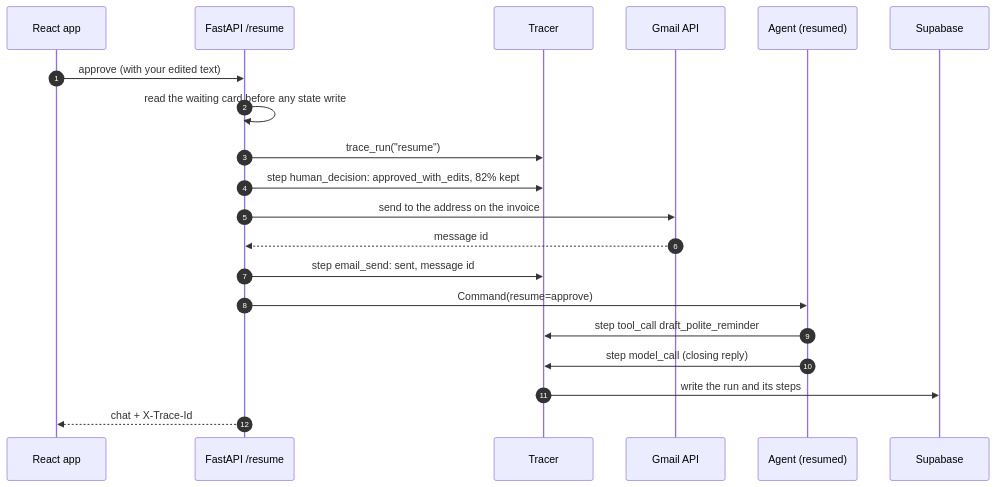
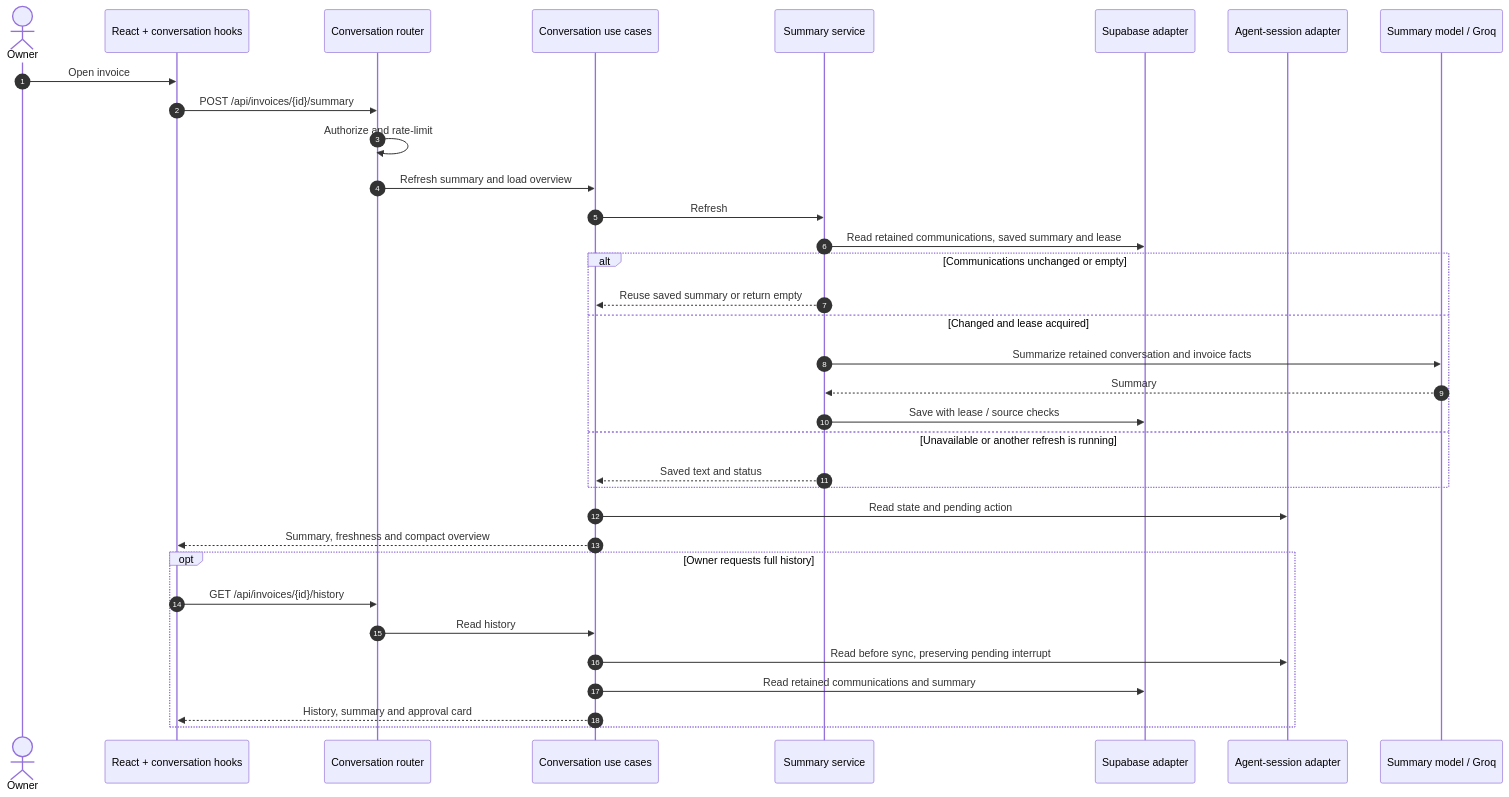
The sixth of 7 diagrams in README.md (code0monkey1/invoice-dispute-agent), drawn with Mermaid before and after one commit. The commit also changed other lines of this file and 2 other files, not shown here.

Commit message:
docs: document deployed clean architecture flows

````diff
--- a/README.md
+++ b/README.md
@@ -365,23 +199,36 @@
 ```mermaid
 sequenceDiagram
     autonumber
-    participant UI as React app
-    participant API as FastAPI /resume
-    participant T as Tracer
-    participant GM as Gmail API
-    participant AG as Agent (resumed)
-    participant DB as Supabase
-
-    UI->>API: approve (with your edited text)
-    API->>API: read the waiting card before any state write
-    API->>T: trace_run("resume")
-    API->>T: step human_decision: approved_with_edits, 82% kept
-    API->>GM: send to the address on the invoice
-    GM-->>API: message id
-    API->>T: step email_send: sent, message id
-    API->>AG: Command(resume=approve)
-    AG->>T: step tool_call draft_polite_reminder
-    AG->>T: step model_call (closing reply)
-    T->>DB: write the run and its steps
-    API-->>UI: chat + X-Trace-Id
+    actor Owner
+    participant UI as React + conversation hooks
+    participant HTTP as Conversation router
+    participant UC as Conversation use cases
+    participant Summary as Summary service
+    participant DB as Supabase adapter
+    participant Session as Agent-session adapter
+    participant LLM as Summary model / Groq
+    Owner->>UI: Open invoice
+    UI->>HTTP: POST /api/invoices/{id}/summary
+    HTTP->>HTTP: Authorize and rate-limit
+    HTTP->>UC: Refresh summary and load overview
+    UC->>Summary: Refresh
+    Summary->>DB: Read retained communications, saved summary and lease
+    alt Communications unchanged or empty
+        Summary-->>UC: Reuse saved summary or return empty
+    else Changed and lease acquired
+        Summary->>LLM: Summarize retained conversation and invoice facts
+        LLM-->>Summary: Summary
+        Summary->>DB: Save with lease / source checks
+    else Unavailable or another refresh is running
+        Summary-->>UC: Saved text and status
+    end
+    UC->>Session: Read state and pending action
+    UC-->>UI: Summary, freshness and compact overview
+    opt Owner requests full history
+        UI->>HTTP: GET /api/invoices/{id}/history
+        HTTP->>UC: Read history
+        UC->>Session: Read before sync, preserving pending interrupt
+        UC->>DB: Read retained communications and summary
+        UC-->>UI: History, summary and approval card
+    end
 ```
````
